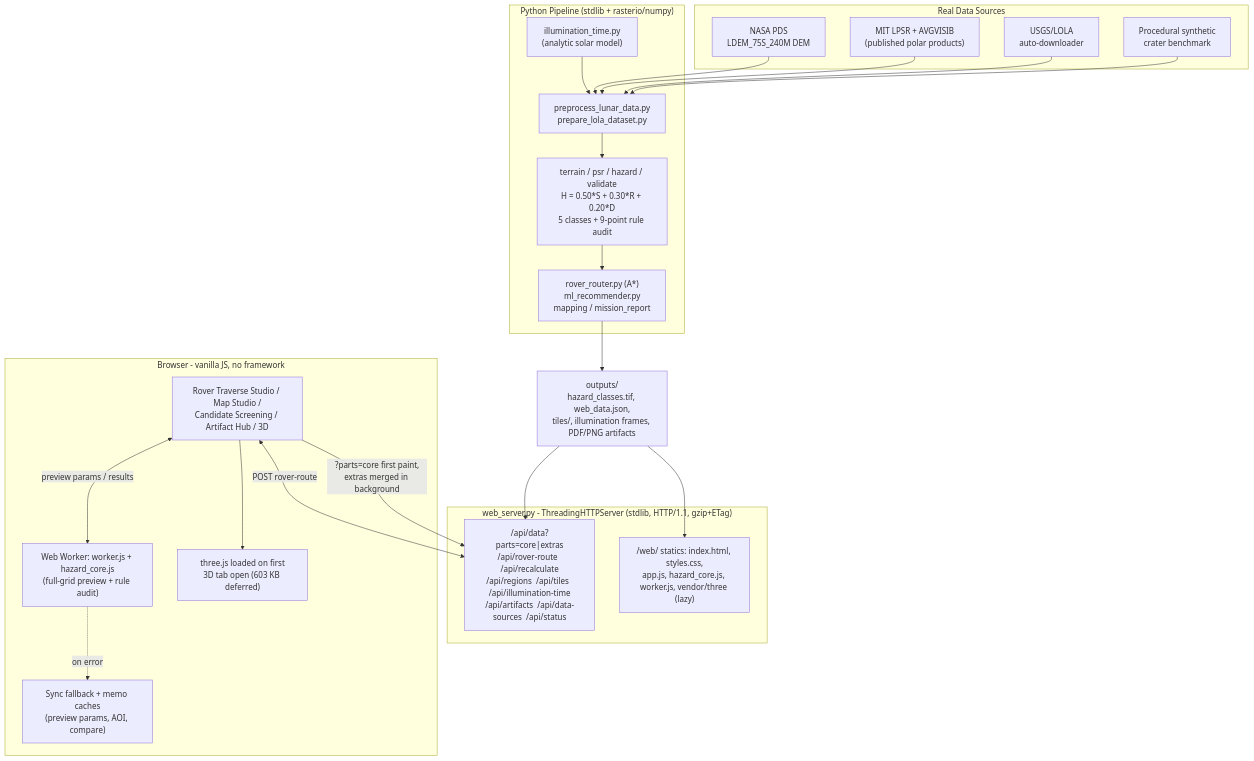
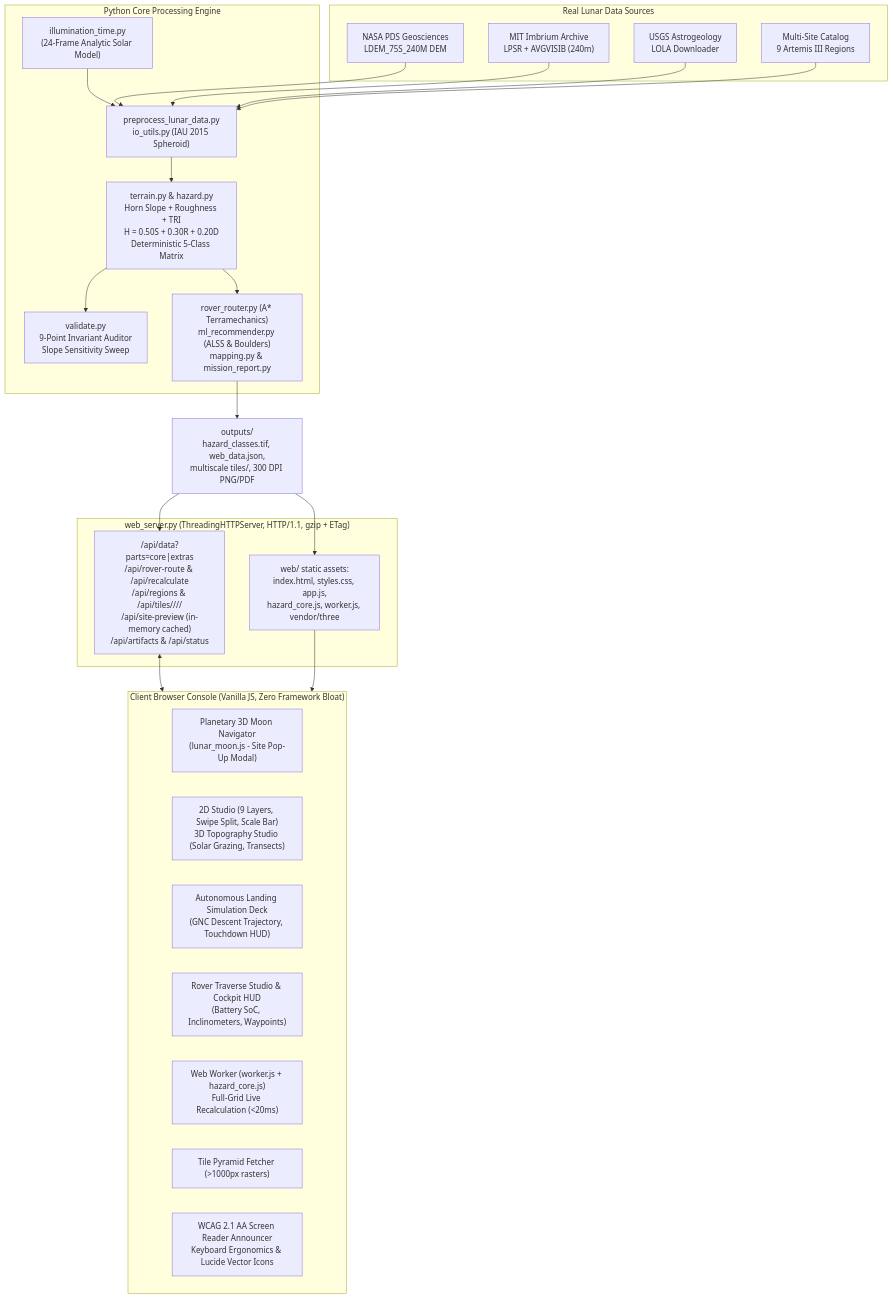
One commit to adityatiwari-legend/Nakshastra-bitcoders changed the diagram in README.md. Above: the diagram before and after it, drawn with Mermaid. The commit also changed other lines of this file and 5 other files, not shown here.

````diff
--- a/README.md
+++ b/README.md
@@ -393,45 +441,47 @@
 ```mermaid
 flowchart TB
-    subgraph DATA["Real Data Sources"]
-        PDS["NASA PDS<br/>LDEM_75S_240M DEM"]
-        MIT["MIT LPSR + AVGVISIB<br/>(published polar products)"]
-        LOLA["USGS/LOLA<br/>auto-downloader"]
-        SYN["Procedural synthetic<br/>crater benchmark"]
+    subgraph DATA["Real Lunar Data Sources"]
+        PDS["NASA PDS Geosciences<br/>LDEM_75S_240M DEM"]
+        MIT["MIT Imbrium Archive<br/>LPSR + AVGVISIB (240m)"]
+        USGS["USGS Astrogeology<br/>LOLA Downloader"]
+        CAT["Multi-Site Catalog<br/>9 Artemis III Regions"]
     end
 
-    subgraph PIPE["Python Pipeline (stdlib + rasterio/numpy)"]
-        PRE["preprocess_lunar_data.py<br/>prepare_lola_dataset.py"]
-        ILL["illumination_time.py<br/>(analytic solar model)"]
-        CORE["terrain / psr / hazard / validate<br/>H = 0.50*S + 0.30*R + 0.20*D<br/>5 classes + 9-point rule audit"]
-        ROV["rover_router.py (A*)<br/>ml_recommender.py<br/>mapping / mission_report"]
-        PRE --> CORE --> ROV
+    subgraph PIPE["Python Core Processing Engine"]
+        PRE["preprocess_lunar_data.py<br/>io_utils.py (IAU 2015 Spheroid)"]
+        ILL["illumination_time.py<br/>(24-Frame Analytic Solar Model)"]
+        HAZ["terrain.py & hazard.py<br/>Horn Slope + Roughness + TRI<br/>H = 0.50S + 0.30R + 0.20D<br/>Deterministic 5-Class Matrix"]
+        VAL["validate.py<br/>9-Point Invariant Auditor<br/>Slope Sensitivity Sweep"]
+        ROV["rover_router.py (A* Terramechanics)<br/>ml_recommender.py (ALSS & Boulders)<br/>mapping.py & mission_report.py"]
+        PRE --> HAZ --> ROV
         ILL --> PRE
+        HAZ --> VAL
     end
 
-    OUT["outputs/<br/>hazard_classes.tif, web_data.json,<br/>tiles/, illumination frames, PDF/PNG artifacts"]
+    OUT["outputs/<br/>hazard_classes.tif, web_data.json,<br/>multiscale tiles/, 300 DPI PNG/PDF"]
 
-    subgraph SRV["web_server.py - ThreadingHTTPServer (stdlib, HTTP/1.1, gzip+ETag)"]
-        API["/api/data?parts=core|extras<br/>/api/rover-route  /api/recalculate<br/>/api/regions  /api/tiles  /api/illumination-time<br/>/api/artifacts  /api/data-sources  /api/status"]
-        STATIC["/web/ statics: index.html, styles.css,<br/>app.js, hazard_core.js, worker.js, vendor/three (lazy)"]
+    subgraph SRV["web_server.py (ThreadingHTTPServer, HTTP/1.1, gzip + ETag)"]
+        API["/api/data?parts=core|extras<br/>/api/rover-route & /api/recalculate<br/>/api/regions & /api/tiles/<layer>/<z>/<x>/<y><br/>/api/site-preview (in-memory cached)<br/>/api/artifacts & /api/status"]
+        STATIC["web/ static assets:<br/>index.html, styles.css, app.js,<br/>hazard_core.js, worker.js, vendor/three"]
     end
 
-    subgraph BROWSER["Browser - vanilla JS, no framework"]
-        UI["Rover Traverse Studio / Map Studio /<br/>Candidate Screening / Artifact Hub / 3D"]
-        WC["Web Worker: worker.js + hazard_core.js<br/>(full-grid preview + rule audit)"]
-        SYNC["Sync fallback + memo caches<br/>(preview params, AOI, compare)"]
-        THREE["three.js loaded on first<br/>3D tab open (603 KB deferred)"]
-        UI <-->|POST rover-route| API
-        UI <-->|preview params / results| WC
-        WC -.->|on error| SYNC
-        UI -->|?parts=core first paint,<br/>extras merged in background| API
-        UI --> THREE
+    subgraph CLIENT["Client Browser Console (Vanilla JS, Zero Framework Bloat)"]
+        NAV["Planetary 3D Moon Navigator<br/>(lunar_moon.js - Site Pop-Up Modal)"]
+        STUDIO["2D Studio (9 Layers, Swipe Split, Scale Bar)<br/>3D Topography Studio (Solar Grazing, Transects)"]
+        LAND["Autonomous Landing Simulation Deck<br/>(GNC Descent Trajectory, Touchdown HUD)"]
+        SIM["Rover Traverse Studio & Cockpit HUD<br/>(Battery SoC, Inclinometers, Waypoints)"]
+        WORKER["Web Worker (worker.js + hazard_core.js)<br/>Full-Grid Live Recalculation (<20ms)"]
+        TILE["Tile Pyramid Fetcher (>1000px rasters)"]
+        A11Y["WCAG 2.1 AA Screen Reader Announcer<br/>Keyboard Ergonomics & Lucide Vector Icons"]
     end
 
     PDS --> PRE
     MIT --> PRE
-    LOLA --> PRE
-    SYN --> PRE
+    USGS --> PRE
+    CAT --> PRE
     ROV --> OUT
     OUT --> API
     OUT --> STATIC
+    API <--> CLIENT
+    STATIC --> CLIENT
 ```
````
